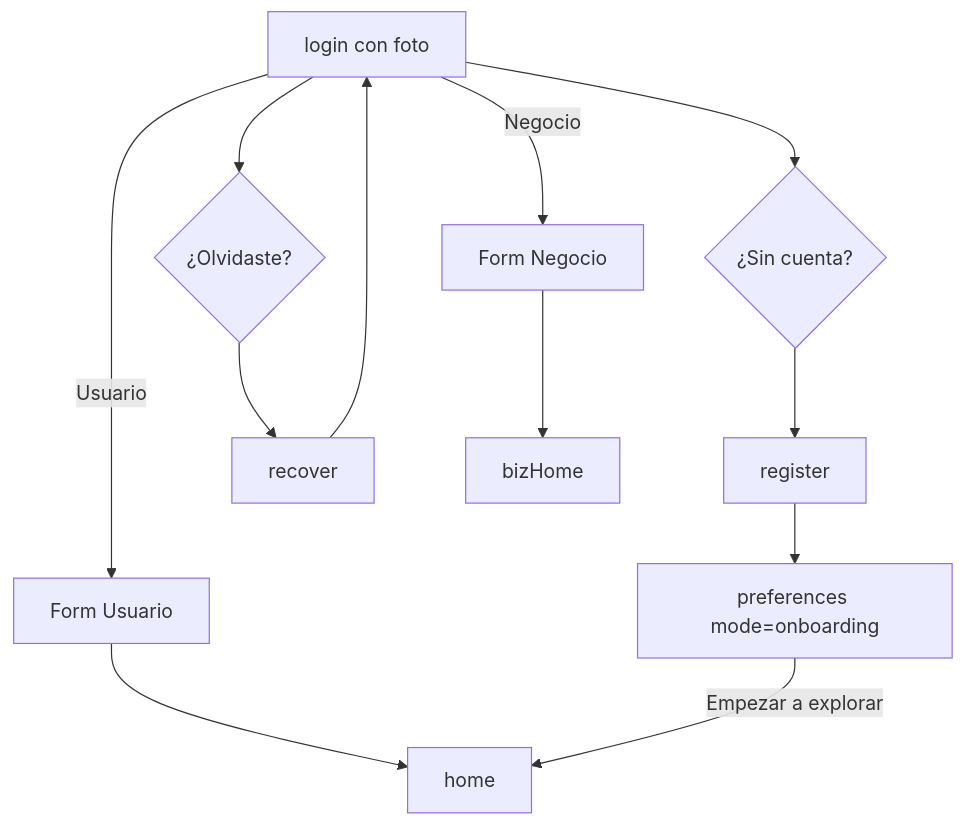
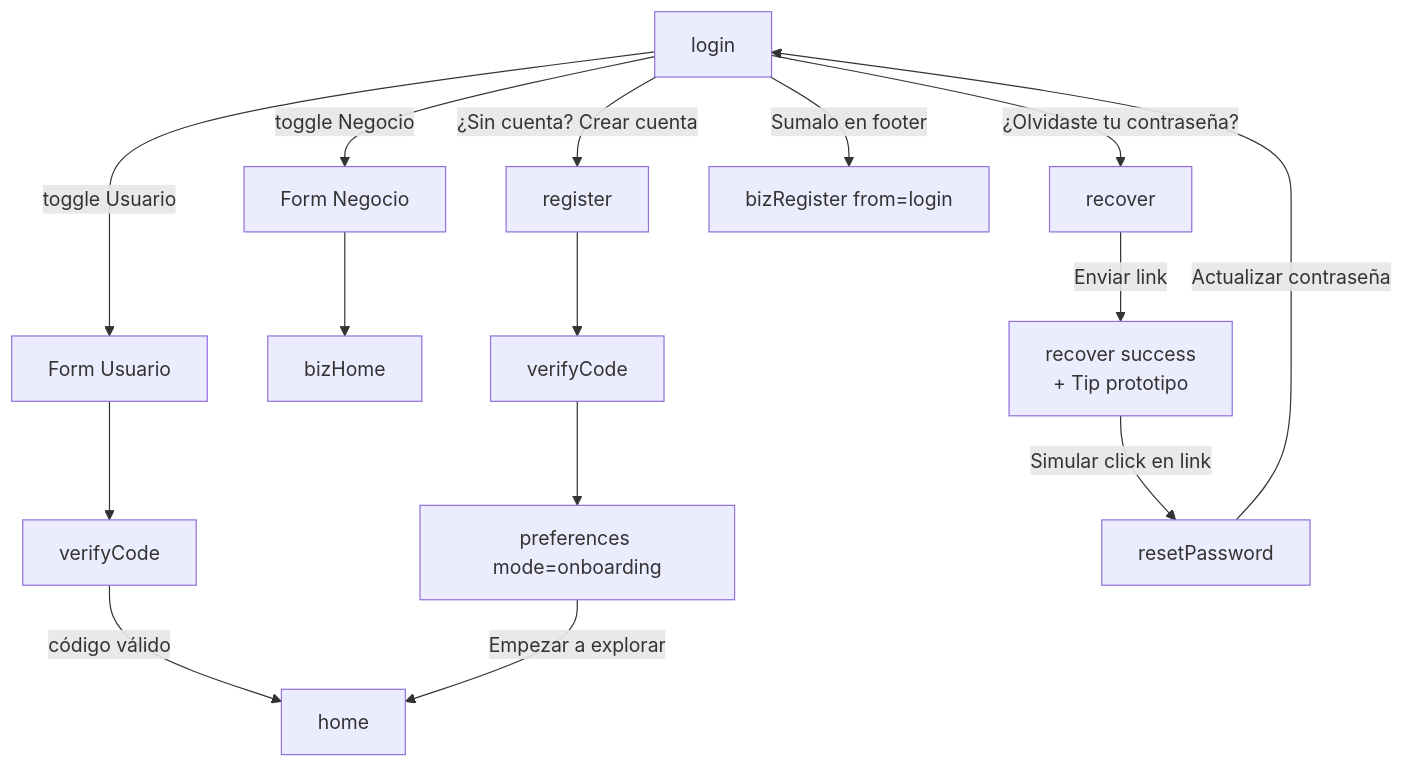
One commit to ajoaquincardozo/spota-design-from-claude-code changed the fourth of 11 diagrams in entrega/mapa-navegacion.md. Above: the diagram before and after it, drawn with Mermaid. The commit also changed other lines of this file, not shown here.

First line of the commit message:
docs: actualizo mapa-navegacion con cambios post-Sesión B+

````diff
--- a/entrega/mapa-navegacion.md
+++ b/entrega/mapa-navegacion.md
@@ -162,14 +164,17 @@
 ```mermaid
 flowchart TD
-    Login[login con foto] -->|Usuario| LoginUser[Form Usuario]
-    Login -->|Negocio| LoginBiz[Form Negocio]
-    Login --> RegisterLink{¿Sin cuenta?}
-    Login --> RecoverLink{¿Olvidaste?}
-    RegisterLink --> Register[register]
-    RecoverLink --> Recover[recover]
-    LoginUser --> Home[home]
+    Login[login] -->|toggle Usuario| LoginUser[Form Usuario]
+    Login -->|toggle Negocio| LoginBiz[Form Negocio]
+    Login -->|"¿Sin cuenta? Crear cuenta"| Register[register]
+    Login -->|"¿Olvidaste tu contraseña?"| Recover[recover]
+    LoginUser --> VerifyCode[verifyCode]
+    VerifyCode -->|"código válido"| Home[home]
     LoginBiz --> BizHome[bizHome]
-    Register --> Preferences[preferences mode=onboarding]
-    Preferences -->|Empezar a explorar| Home
-    Recover --> Login
+    Register --> VerifyCode2[verifyCode]
+    VerifyCode2 --> Preferences[preferences mode=onboarding]
+    Preferences -->|"Empezar a explorar"| Home
+    Recover -->|"Enviar link"| RecoverSent[recover success<br/>+ Tip prototipo]
+    RecoverSent -->|"Simular click en link"| Reset[resetPassword]
+    Reset -->|"Actualizar contraseña"| Login
+    Login -->|"Sumalo en footer"| BizReg[bizRegister from=login]
 ```
````
